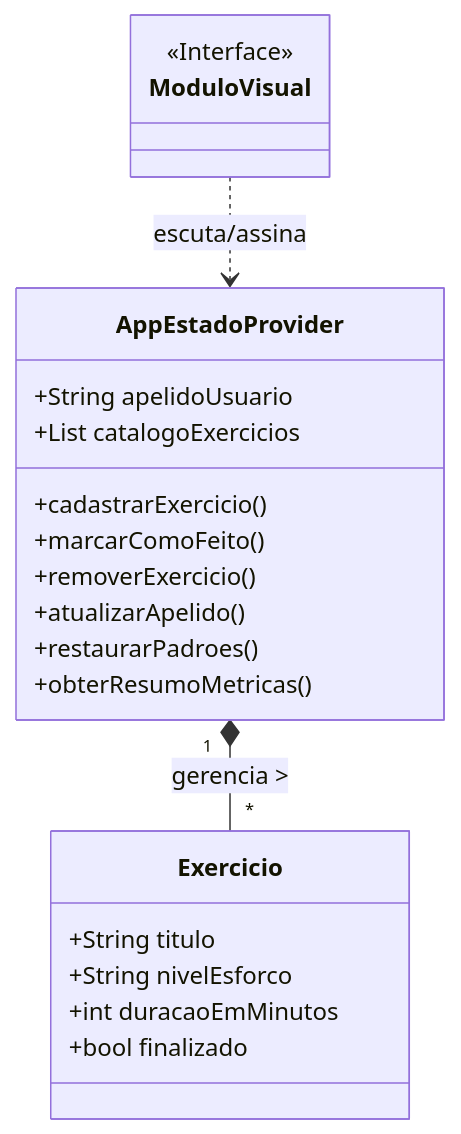
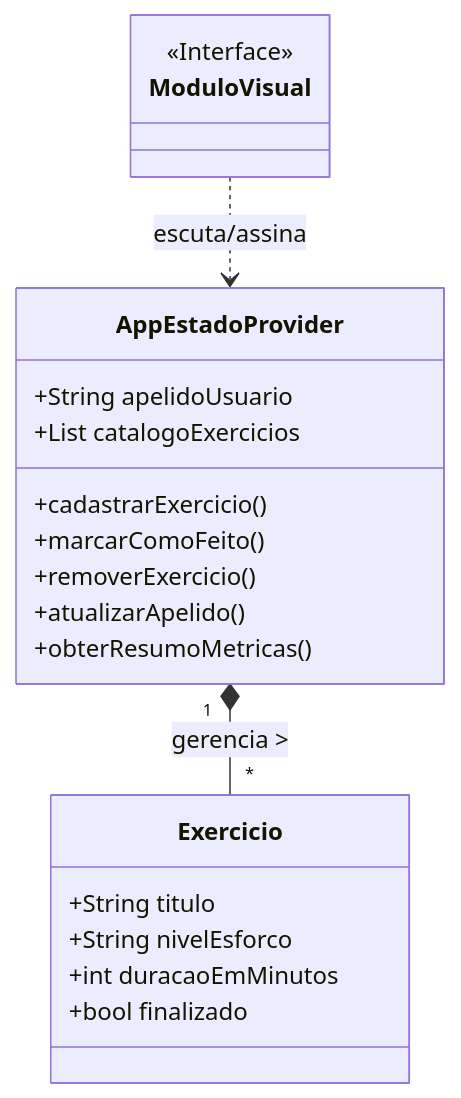
Before and after one commit to rianeduardo/fitlife: the second of 2 diagrams in README.md, drawn with Mermaid. The commit also changed other lines of this file and 1 other file, not shown here.

````diff
--- a/README.md
+++ b/README.md
@@ -134,27 +135,26 @@
 ```mermaid
 classDiagram
     class Exercicio {
         +String titulo
         +String nivelEsforco
         +int duracaoEmMinutos
         +bool finalizado
     }
 
     class AppEstadoProvider {
         +String apelidoUsuario
         +List catalogoExercicios
         +cadastrarExercicio()
         +marcarComoFeito()
         +removerExercicio()
         +atualizarApelido()
-        +restaurarPadroes()
         +obterResumoMetricas()
     }
 
     class ModuloVisual {
         <<Interface>>
     }
 
     AppEstadoProvider "1" *-- "*" Exercicio : gerencia >
     ModuloVisual ..> AppEstadoProvider : escuta/assina
 ```
````
